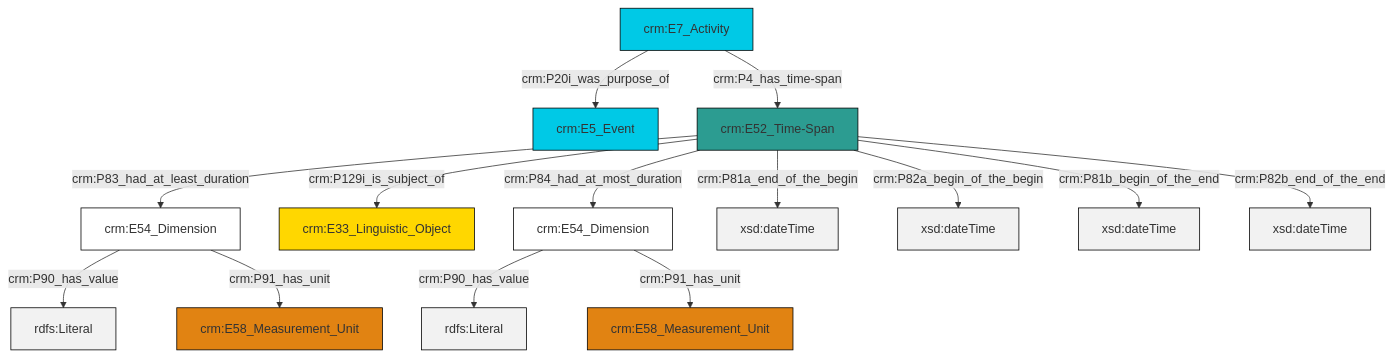
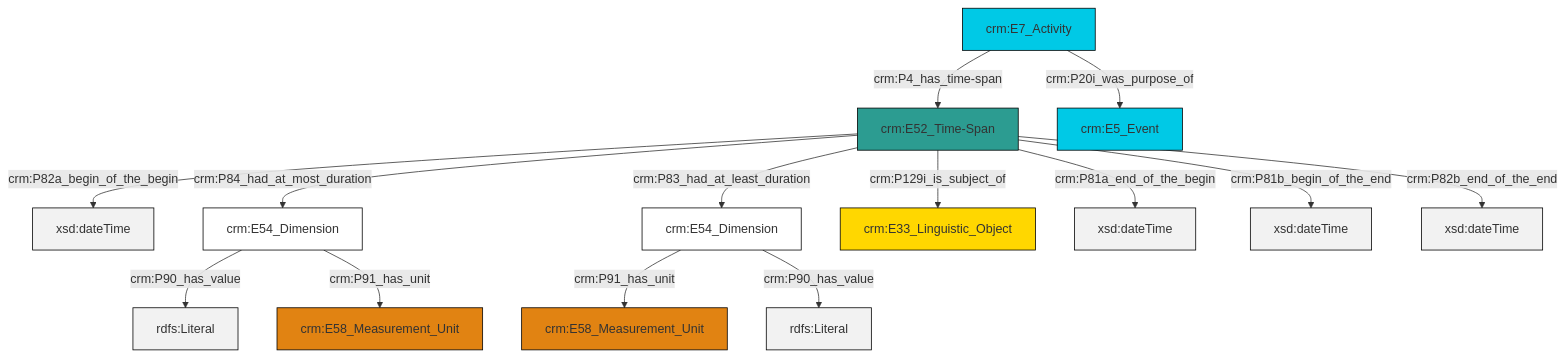
Before and after one commit to swiss-art-research-net/docs.swissartresearch: the diagram in et/eventCSV/ttl/mmd/event_existence.ttl.mmd, drawn with Mermaid. The commit also changed 177 other files, not shown here.

```diff
--- a/et/eventCSV/ttl/mmd/event_existence.ttl.mmd
+++ b/et/eventCSV/ttl/mmd/event_existence.ttl.mmd
@@ -1,28 +1,28 @@
 graph TD
 classDef Literal fill:#f2f2f2,stroke:#000000;
 classDef CRM_Entity fill:#FFFFFF,stroke:#000000;
 classDef Temporal_Entity fill:#00C9E6, stroke:#000000;
 classDef Type fill:#E18312, stroke:#000000;
 classDef Time-Span fill:#2C9C91, stroke:#000000;
 classDef Appellation fill:#FFEB7F, stroke:#000000;
 classDef Place fill:#008836, stroke:#000000;
 classDef Persistent_Item fill:#B266B2, stroke:#000000;
 classDef Conceptual_Object fill:#FFD700, stroke:#000000;
 classDef Physical_Thing fill:#D2B48C, stroke:#000000;
 classDef Actor fill:#f58aad, stroke:#000000;
 classDef PC_Classes fill:#4ce600, stroke:#000000;
 classDef Multi fill:#cccccc,stroke:#000000;
 
-0["crm:E54_Dimension"]:::CRM_Entity -->|crm:P90_has_value| 1[rdfs:Literal]:::Literal
+0["crm:E52_Time-Span"]:::Time-Span -->|crm:P82a_begin_of_the_begin| 1[xsd:dateTime]:::Literal
 2["crm:E7_Activity"]:::Temporal_Entity -->|crm:P20i_was_purpose_of| 3["crm:E5_Event"]:::Temporal_Entity
-6["crm:E52_Time-Span"]:::Time-Span -->|crm:P129i_is_subject_of| 4["crm:E33_Linguistic_Object"]:::Conceptual_Object
-6["crm:E52_Time-Span"]:::Time-Span -->|crm:P83_had_at_least_duration| 7["crm:E54_Dimension"]:::CRM_Entity
-6["crm:E52_Time-Span"]:::Time-Span -->|crm:P81a_end_of_the_begin| 9[xsd:dateTime]:::Literal
-6["crm:E52_Time-Span"]:::Time-Span -->|crm:P82a_begin_of_the_begin| 11[xsd:dateTime]:::Literal
-2["crm:E7_Activity"]:::Temporal_Entity -->|crm:P4_has_time-span| 6["crm:E52_Time-Span"]:::Time-Span
-6["crm:E52_Time-Span"]:::Time-Span -->|crm:P81b_begin_of_the_end| 14[xsd:dateTime]:::Literal
-7["crm:E54_Dimension"]:::CRM_Entity -->|crm:P90_has_value| 15[rdfs:Literal]:::Literal
-7["crm:E54_Dimension"]:::CRM_Entity -->|crm:P91_has_unit| 12["crm:E58_Measurement_Unit"]:::Type
-6["crm:E52_Time-Span"]:::Time-Span -->|crm:P82b_end_of_the_end| 20[xsd:dateTime]:::Literal
-6["crm:E52_Time-Span"]:::Time-Span -->|crm:P84_had_at_most_duration| 0["crm:E54_Dimension"]:::CRM_Entity
-0["crm:E54_Dimension"]:::CRM_Entity -->|crm:P91_has_unit| 18["crm:E58_Measurement_Unit"]:::Type
+0["crm:E52_Time-Span"]:::Time-Span -->|crm:P84_had_at_most_duration| 4["crm:E54_Dimension"]:::CRM_Entity
+4["crm:E54_Dimension"]:::CRM_Entity -->|crm:P90_has_value| 6[rdfs:Literal]:::Literal
+2["crm:E7_Activity"]:::Temporal_Entity -->|crm:P4_has_time-span| 0["crm:E52_Time-Span"]:::Time-Span
+8["crm:E54_Dimension"]:::CRM_Entity -->|crm:P91_has_unit| 9["crm:E58_Measurement_Unit"]:::Type
+0["crm:E52_Time-Span"]:::Time-Span -->|crm:P129i_is_subject_of| 10["crm:E33_Linguistic_Object"]:::Conceptual_Object
+8["crm:E54_Dimension"]:::CRM_Entity -->|crm:P90_has_value| 11[rdfs:Literal]:::Literal
+0["crm:E52_Time-Span"]:::Time-Span -->|crm:P81a_end_of_the_begin| 13[xsd:dateTime]:::Literal
+0["crm:E52_Time-Span"]:::Time-Span -->|crm:P81b_begin_of_the_end| 19[xsd:dateTime]:::Literal
+0["crm:E52_Time-Span"]:::Time-Span -->|crm:P82b_end_of_the_end| 20[xsd:dateTime]:::Literal
+4["crm:E54_Dimension"]:::CRM_Entity -->|crm:P91_has_unit| 17["crm:E58_Measurement_Unit"]:::Type
+0["crm:E52_Time-Span"]:::Time-Span -->|crm:P83_had_at_least_duration| 8["crm:E54_Dimension"]:::CRM_Entity
```
